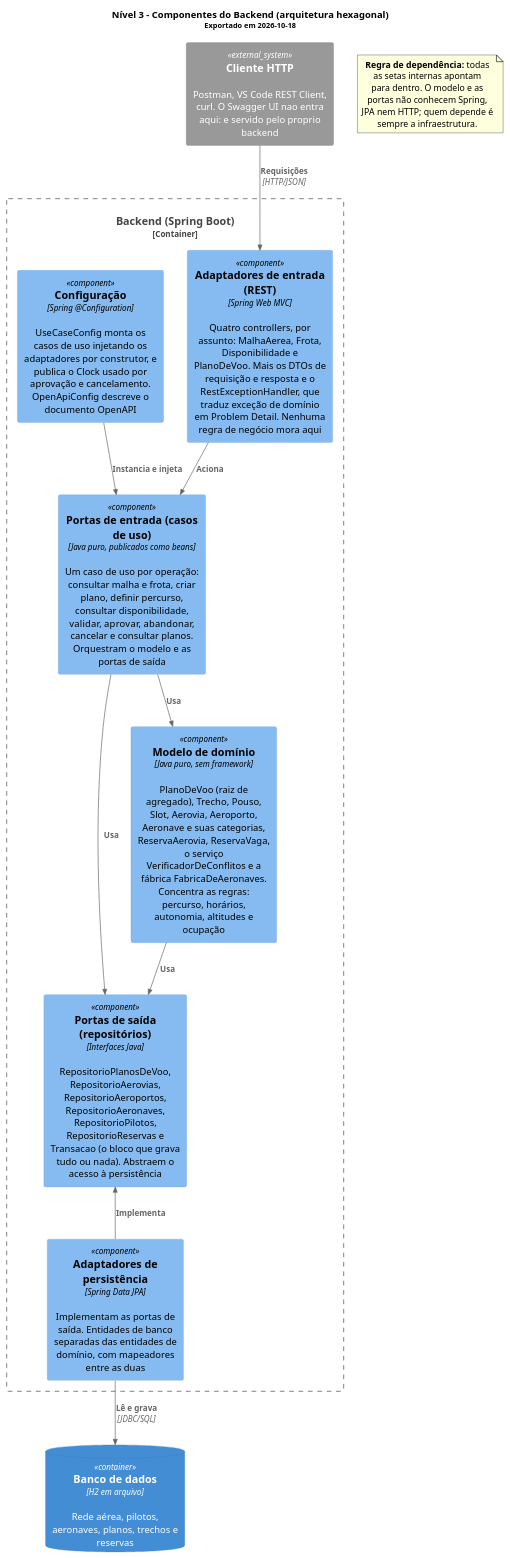
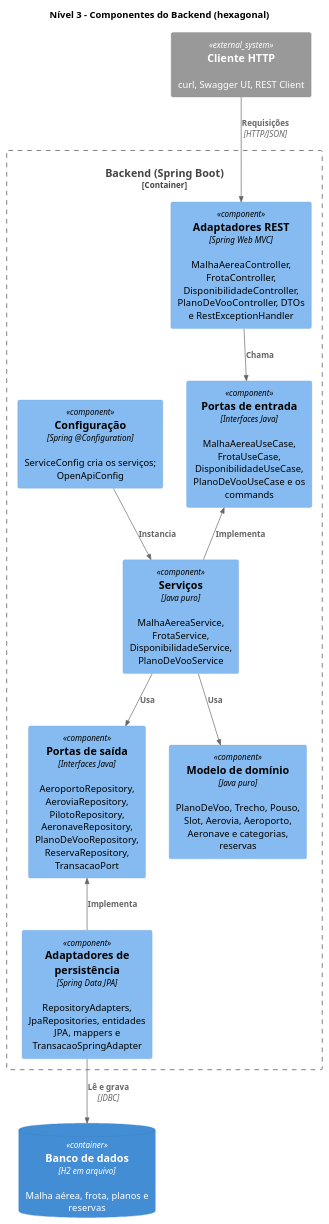
Before and after one commit to antoniocosta0/trabalho-projaq: the diagram in docs/arquitetura/c4-componentes.puml, drawn with PlantUML. The commit also changed 21 other files, not shown here.

Commit message:
docs: shorten the adrs and sync the diagram sources with the code

```diff
--- a/docs/arquitetura/c4-componentes.puml
+++ b/docs/arquitetura/c4-componentes.puml
@@ -1,46 +1,28 @@
 @startuml
-' C4 nível 3 - Componentes do backend
-' PUCRS - Projeto e Arquitetura de Software - 2026/2 - turma 340
-' A decomposição segue a arquitetura hexagonal (ports & adapters), que é a
-' efetivamente implementada em backend/src/main/java/com/pucrs/planosdevoo/.
 !include <C4/C4_Component>
 
-title
-  Nível 3 - Componentes do Backend (arquitetura hexagonal)
-  <size:11>Exportado em 2026-10-18</size>
-end title
+title Nível 3 - Componentes do Backend (hexagonal)
 
-System_Ext(cliente, "Cliente HTTP", "Postman, VS Code REST Client, curl. O Swagger UI nao entra aqui: e servido pelo proprio backend")
-ContainerDb(banco, "Banco de dados", "H2 em arquivo", "Rede aérea, pilotos, aeronaves, planos, trechos e reservas")
+System_Ext(cliente, "Cliente HTTP", "curl, Swagger UI, REST Client")
+ContainerDb(banco, "Banco de dados", "H2 em arquivo", "Malha aérea, frota, planos e reservas")
 
 Container_Boundary(api, "Backend (Spring Boot)") {
-
-  Component(adaptadores_entrada, "Adaptadores de entrada (REST)", "Spring Web MVC", "Quatro controllers, por assunto: MalhaAerea, Frota, Disponibilidade e PlanoDeVoo. Mais os DTOs de requisição e resposta e o RestExceptionHandler, que traduz exceção de domínio em Problem Detail. Nenhuma regra de negócio mora aqui")
-
-  Component(portas_entrada, "Portas de entrada (casos de uso)", "Java puro, publicados como beans", "Um caso de uso por operação: consultar malha e frota, criar plano, definir percurso, consultar disponibilidade, validar, aprovar, abandonar, cancelar e consultar planos. Orquestram o modelo e as portas de saída")
-
-  Component(modelo, "Modelo de domínio", "Java puro, sem framework", "PlanoDeVoo (raiz de agregado), Trecho, Pouso, Slot, Aerovia, Aeroporto, Aeronave e suas categorias, ReservaAerovia, ReservaVaga, o serviço VerificadorDeConflitos e a fábrica FabricaDeAeronaves. Concentra as regras: percurso, horários, autonomia, altitudes e ocupação")
-
-  Component(portas_saida, "Portas de saída (repositórios)", "Interfaces Java", "RepositorioPlanosDeVoo, RepositorioAerovias, RepositorioAeroportos, RepositorioAeronaves, RepositorioPilotos, RepositorioReservas e Transacao (o bloco que grava tudo ou nada). Abstraem o acesso à persistência")
-
-  Component(adaptadores_saida, "Adaptadores de persistência", "Spring Data JPA", "Implementam as portas de saída. Entidades de banco separadas das entidades de domínio, com mapeadores entre as duas")
-
-  Component(config, "Configuração", "Spring @Configuration", "UseCaseConfig monta os casos de uso injetando os adaptadores por construtor, e publica o Clock usado por aprovação e cancelamento. OpenApiConfig descreve o documento OpenAPI")
+  Component(rest, "Adaptadores REST", "Spring Web MVC", "MalhaAereaController, FrotaController, DisponibilidadeController, PlanoDeVooController, DTOs e RestExceptionHandler")
+  Component(portas_in, "Portas de entrada", "Interfaces Java", "MalhaAereaUseCase, FrotaUseCase, DisponibilidadeUseCase, PlanoDeVooUseCase e os commands")
+  Component(servicos, "Serviços", "Java puro", "MalhaAereaService, FrotaService, DisponibilidadeService, PlanoDeVooService")
+  Component(modelo, "Modelo de domínio", "Java puro", "PlanoDeVoo, Trecho, Pouso, Slot, Aerovia, Aeroporto, Aeronave e categorias, reservas")
+  Component(portas_out, "Portas de saída", "Interfaces Java", "AeroportoRepository, AeroviaRepository, PilotoRepository, AeronaveRepository, PlanoDeVooRepository, ReservaRepository, TransacaoPort")
+  Component(persistencia, "Adaptadores de persistência", "Spring Data JPA", "RepositoryAdapters, JpaRepositories, entidades JPA, mappers e TransacaoSpringAdapter")
+  Component(config, "Configuração", "Spring @Configuration", "ServiceConfig cria os serviços; OpenApiConfig")
 }
 
-Rel(cliente, adaptadores_entrada, "Requisições", "HTTP/JSON")
-Rel(adaptadores_entrada, portas_entrada, "Aciona")
-Rel(portas_entrada, modelo, "Usa")
-Rel(portas_entrada, portas_saida, "Usa")
-Rel(modelo, portas_saida, "Usa")
-Rel_U(adaptadores_saida, portas_saida, "Implementa")
-Rel(config, portas_entrada, "Instancia e injeta")
-Rel(adaptadores_saida, banco, "Lê e grava", "JDBC/SQL")
-
-note as regra_dependencia
-  **Regra de dependência:** todas as setas internas apontam
-  para dentro. O modelo e as portas não conhecem Spring,
-  JPA nem HTTP; quem depende é sempre a infraestrutura.
-end note
+Rel(cliente, rest, "Requisições", "HTTP/JSON")
+Rel(rest, portas_in, "Chama")
+Rel_U(servicos, portas_in, "Implementa")
+Rel(servicos, modelo, "Usa")
+Rel(servicos, portas_out, "Usa")
+Rel_U(persistencia, portas_out, "Implementa")
+Rel(persistencia, banco, "Lê e grava", "JDBC")
+Rel(config, servicos, "Instancia")
 
 @enduml
```
